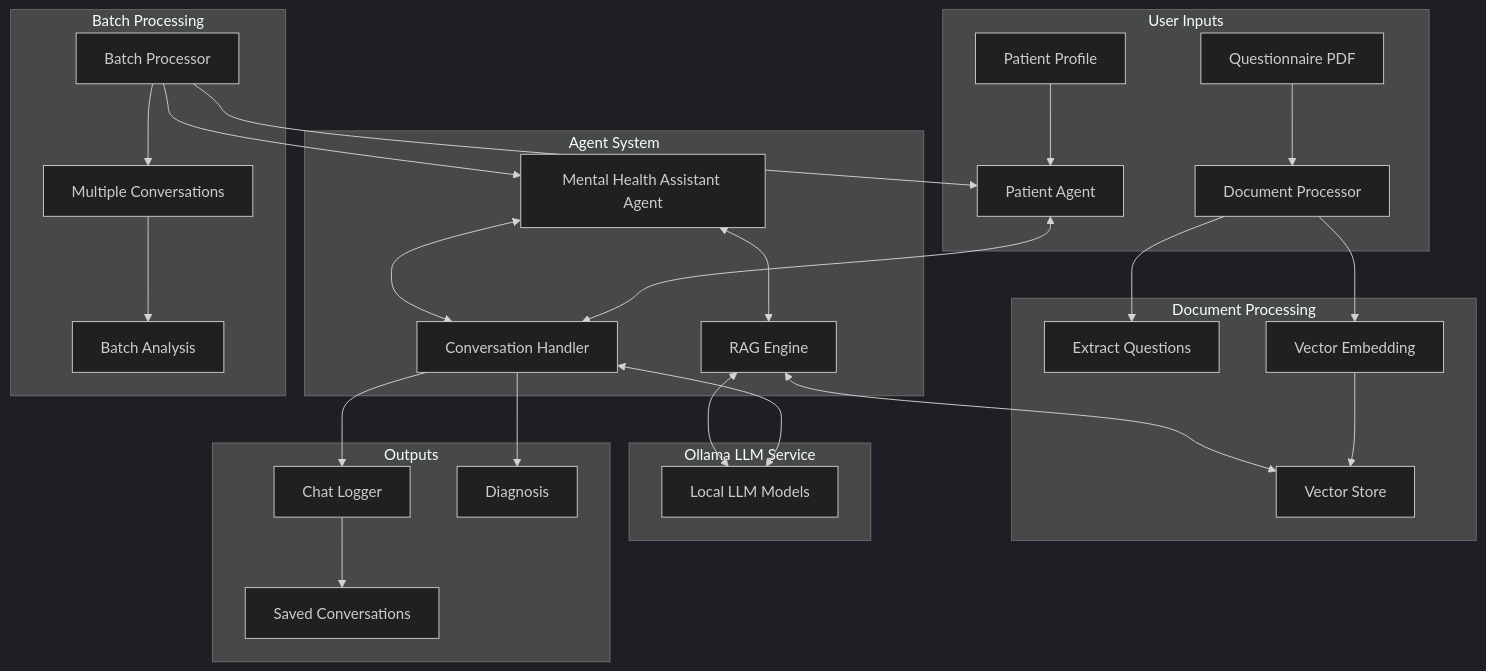
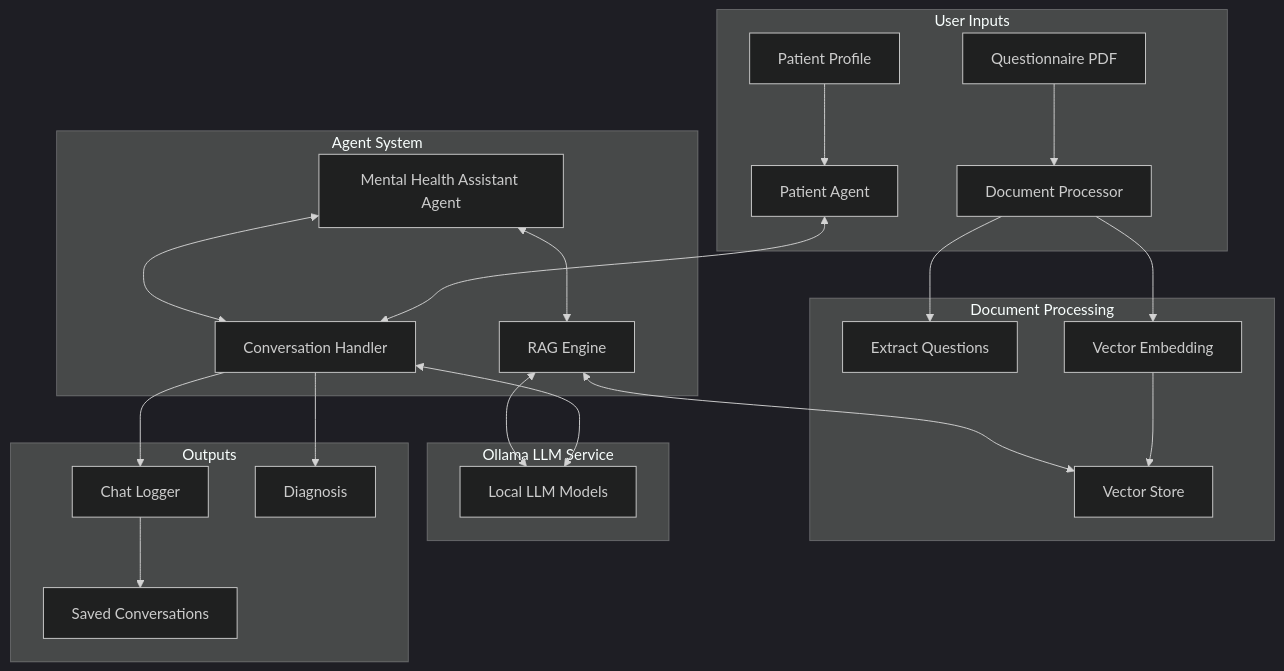
One commit to mithatco/mental_health_multiagent changed the diagram in README.md. Above: the diagram before and after it, drawn with Mermaid (dark theme).

Commit message:
updated diagram

````diff
--- a/README.md
+++ b/README.md
@@ -34,38 +34,31 @@
 ```mermaid
 graph TD
     subgraph "User Inputs"
         A[Questionnaire PDF] --> D
         B[Patient Profile] --> E
     end
 
     subgraph "Document Processing"
         D[Document Processor] --> D1[Extract Questions]
         D[Document Processor] --> D2[Vector Embedding]
         D2 --> V[Vector Store]
     end
 
     subgraph "Agent System"
         E[Patient Agent] <--> F[Conversation Handler]
         G[Mental Health Assistant Agent] <--> F
         G <--> R[RAG Engine]
         R <--> V
     end
 
     subgraph "Ollama LLM Service"
         F <--> O[Local LLM Models]
         R <--> O
     end
 
     subgraph "Outputs"
         F --> L[Chat Logger]
         F --> I[Diagnosis]
         L --> S[Saved Conversations]
     end
-
-    subgraph "Batch Processing"
-        BP[Batch Processor] --> E
-        BP --> G
-        BP --> M[Multiple Conversations]
-        M --> BA[Batch Analysis]
-    end
 ```
````
